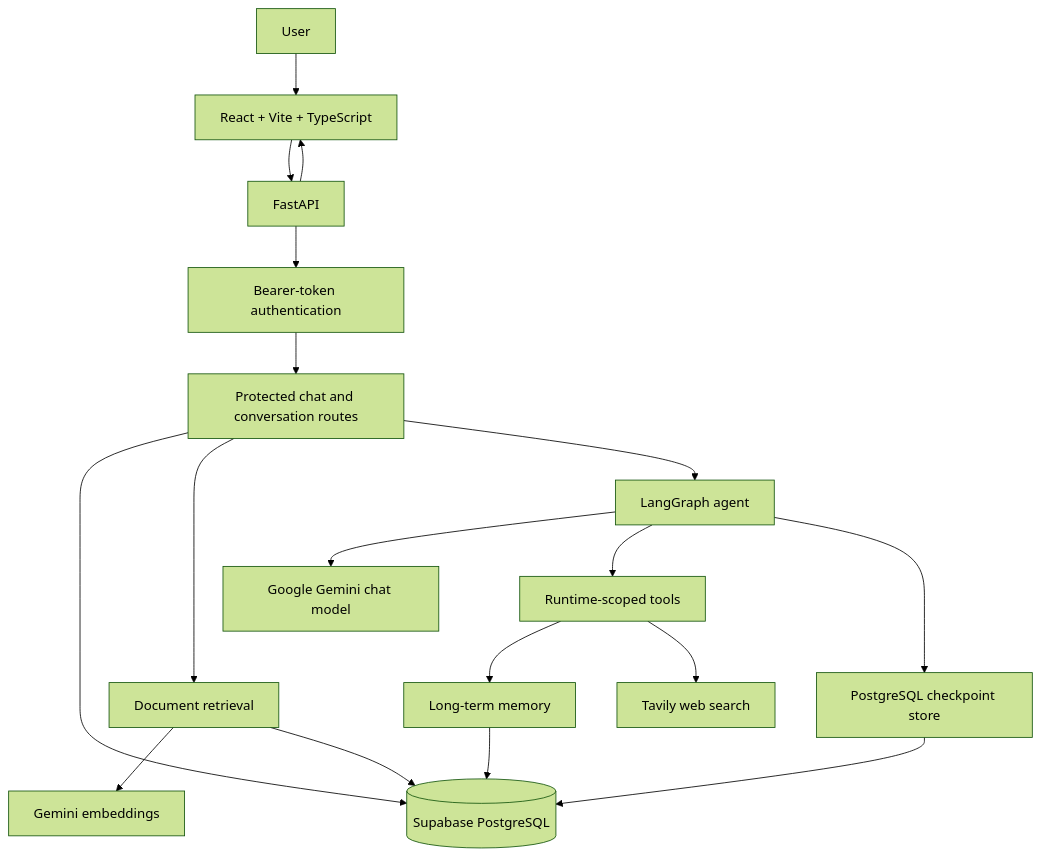
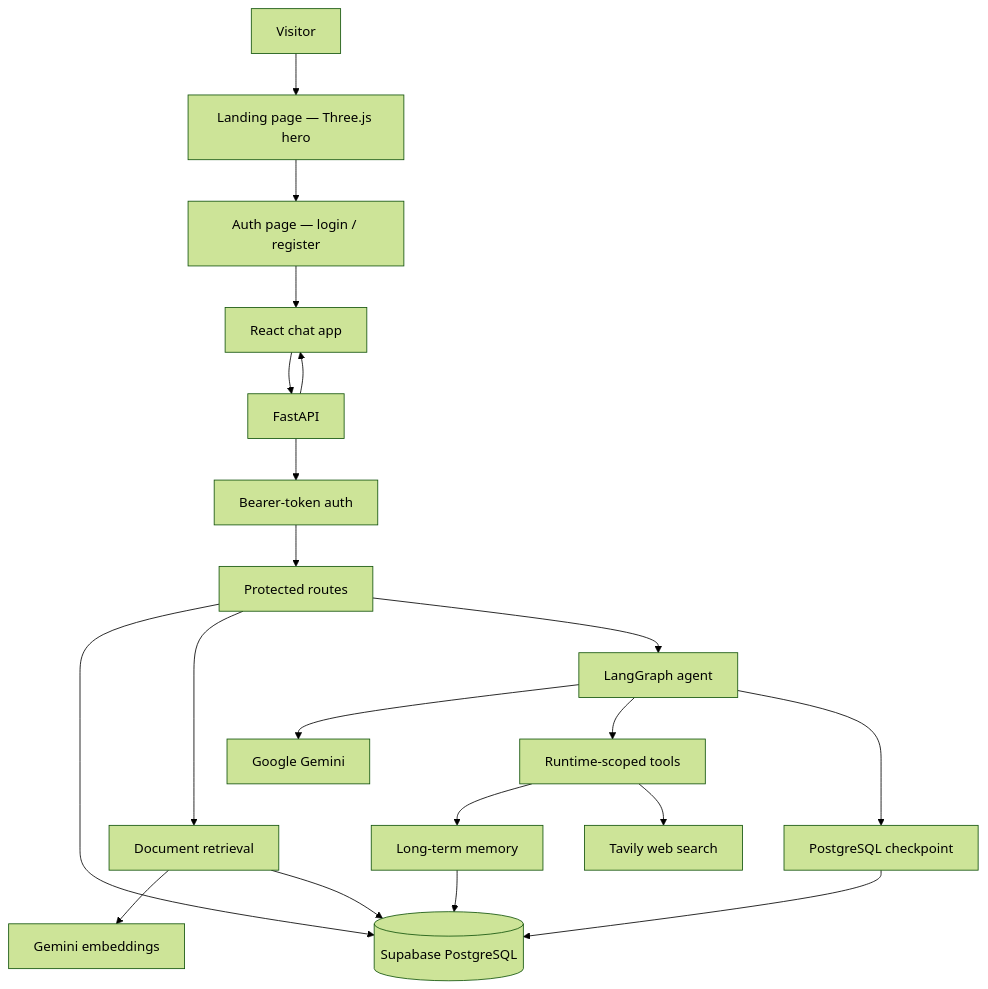
Before and after one commit to sxb05/Pagetrail: the diagram in README.md, drawn with Mermaid (forest theme). The commit also changed other lines of this file and 4 other files, not shown here.

````diff
--- a/README.md
+++ b/README.md
@@ -75,20 +79,22 @@
 ```mermaid
 flowchart TD
-    U[User] --> FE[React + Vite + TypeScript]
-    FE --> API[FastAPI]
-    API --> AUTH[Bearer-token authentication]
-    AUTH --> ROUTES[Protected chat and conversation routes]
+    V[Visitor] --> LP[Landing page — Three.js hero]
+    LP --> AUTH_PAGE[Auth page — login / register]
+    AUTH_PAGE --> APP[React chat app]
+    APP --> API[FastAPI]
+    API --> AUTH[Bearer-token auth]
+    AUTH --> ROUTES[Protected routes]
     ROUTES --> DB[(Supabase PostgreSQL)]
     ROUTES --> RAG[Document retrieval]
     ROUTES --> AGENT[LangGraph agent]
     RAG --> EMB[Gemini embeddings]
     RAG --> DB
-    AGENT --> LLM[Google Gemini chat model]
+    AGENT --> LLM[Google Gemini]
     AGENT --> TOOLS[Runtime-scoped tools]
     TOOLS --> MEMORY[Long-term memory]
     TOOLS --> WEB[Tavily web search]
     MEMORY --> DB
-    AGENT --> CHECKPOINT[PostgreSQL checkpoint store]
+    AGENT --> CHECKPOINT[PostgreSQL checkpoint]
     CHECKPOINT --> DB
-    API --> FE
+    API --> APP
 ```
````
